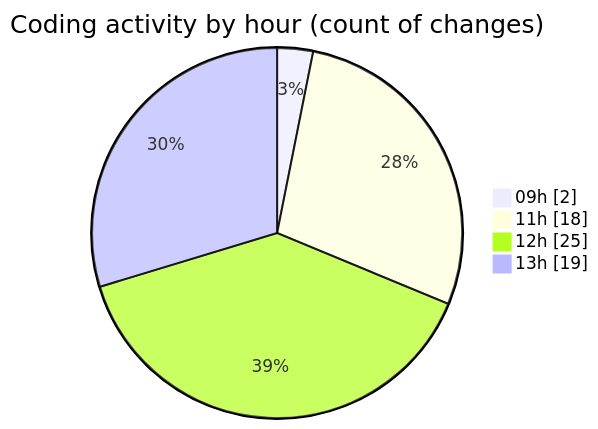
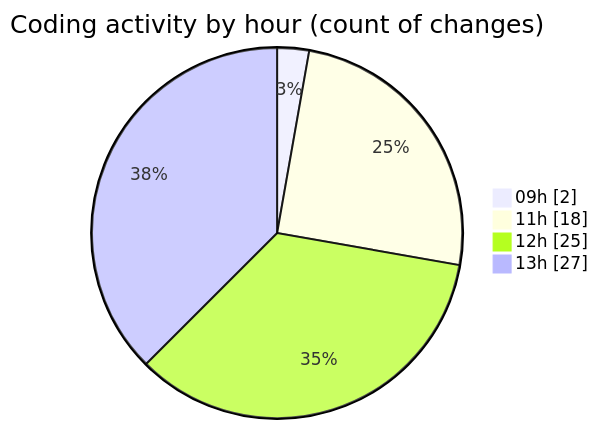
The second of 2 diagrams in 2025-06-30/cda/README.md (momahboobian/code-tracking), drawn with Mermaid before and after one commit. The commit also changed other lines of this file and 1 other file, not shown here.

````diff
--- a/2025-06-30/cda/README.md
+++ b/2025-06-30/cda/README.md
@@ -50,8 +50,8 @@
 ```mermaid
 pie showData
 title Coding activity by hour (count of changes)
 "09h" : 2
 "11h" : 18
 "12h" : 25
-"13h" : 19
+"13h" : 27
 ```
````
